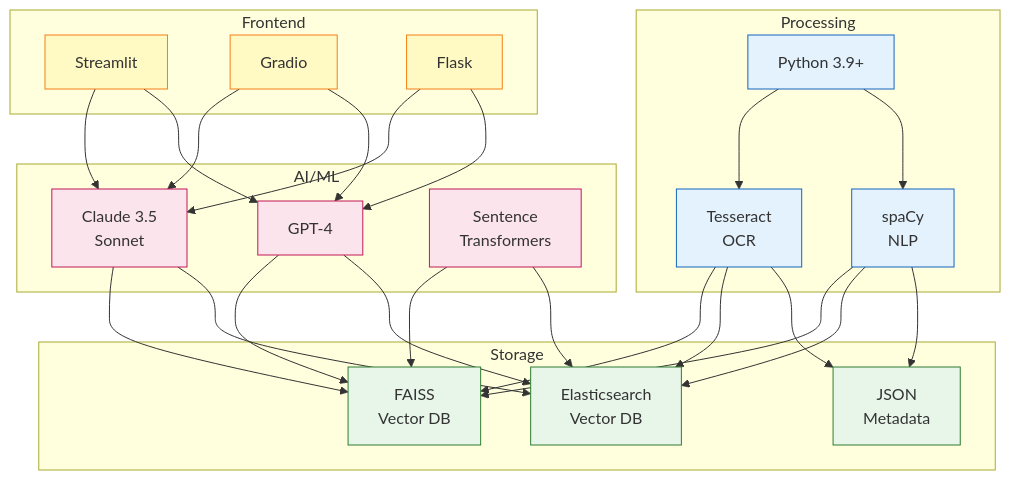
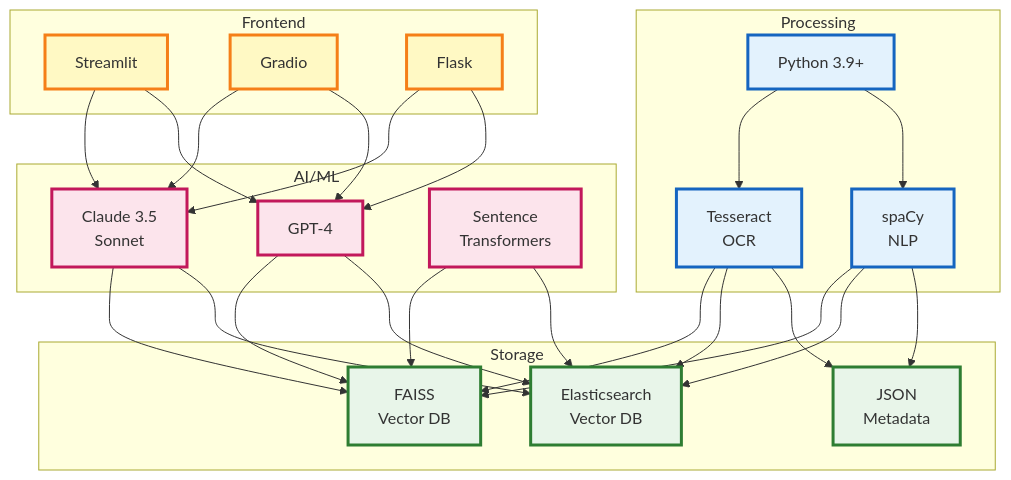
One commit to jkcrosby3/rag-app changed the sixth of 6 diagrams in docs/ARCHITECTURE_PRESENTATION.md. Above: the diagram before and after it, drawn with Mermaid. The commit also changed other lines of this file and 1 other file, not shown here.

First line of the commit message:
Fix Mermaid diagram syntax errors in architecture docs

````diff
--- a/docs/ARCHITECTURE_PRESENTATION.md
+++ b/docs/ARCHITECTURE_PRESENTATION.md
@@ -154,45 +155,45 @@
 ```mermaid
 graph TB
     subgraph "Frontend"
         F1[Streamlit]
         F2[Gradio]
         F3[Flask]
     end
     
     subgraph "AI/ML"
         A1[Claude 3.5<br/>Sonnet]
         A2[GPT-4]
         A3[Sentence<br/>Transformers]
     end
     
     subgraph "Storage"
         S1[FAISS<br/>Vector DB]
         S2[Elasticsearch<br/>Vector DB]
         S3[JSON<br/>Metadata]
     end
     
     subgraph "Processing"
         P1[Python 3.9+]
         P2[Tesseract<br/>OCR]
         P3[spaCy<br/>NLP]
     end
     
     F1 & F2 & F3 --> A1 & A2
     A1 & A2 --> S1 & S2
     P1 --> P2 & P3
     P2 & P3 --> S1 & S2 & S3
     A3 --> S1 & S2
     
-    style F1 fill:#fff9c4,stroke:#f57f17
-    style F2 fill:#fff9c4,stroke:#f57f17
-    style F3 fill:#fff9c4,stroke:#f57f17
-    style A1 fill:#fce4ec,stroke:#c2185b
-    style A2 fill:#fce4ec,stroke:#c2185b
-    style A3 fill:#fce4ec,stroke:#c2185b
-    style S1 fill:#e8f5e9,stroke:#2e7d32
-    style S2 fill:#e8f5e9,stroke:#2e7d32
-    style S3 fill:#e8f5e9,stroke:#2e7d32
-    style P1 fill:#e3f2fd,stroke:#1565c0
-    style P2 fill:#e3f2fd,stroke:#1565c0
-    style P3 fill:#e3f2fd,stroke:#1565c0
+    style F1 fill:#fff9c4,stroke:#f57f17,stroke-width:3px
+    style F2 fill:#fff9c4,stroke:#f57f17,stroke-width:3px
+    style F3 fill:#fff9c4,stroke:#f57f17,stroke-width:3px
+    style A1 fill:#fce4ec,stroke:#c2185b,stroke-width:3px
+    style A2 fill:#fce4ec,stroke:#c2185b,stroke-width:3px
+    style A3 fill:#fce4ec,stroke:#c2185b,stroke-width:3px
+    style S1 fill:#e8f5e9,stroke:#2e7d32,stroke-width:3px
+    style S2 fill:#e8f5e9,stroke:#2e7d32,stroke-width:3px
+    style S3 fill:#e8f5e9,stroke:#2e7d32,stroke-width:3px
+    style P1 fill:#e3f2fd,stroke:#1565c0,stroke-width:3px
+    style P2 fill:#e3f2fd,stroke:#1565c0,stroke-width:3px
+    style P3 fill:#e3f2fd,stroke:#1565c0,stroke-width:3px
 ```
````
